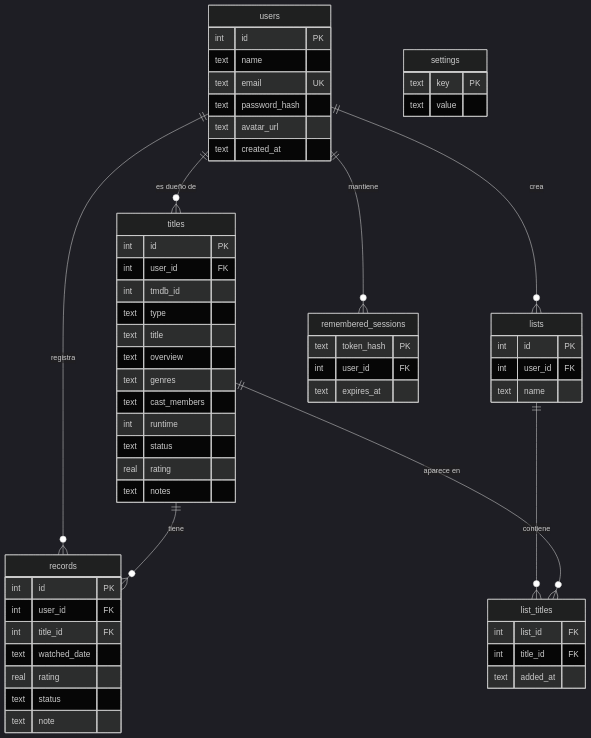
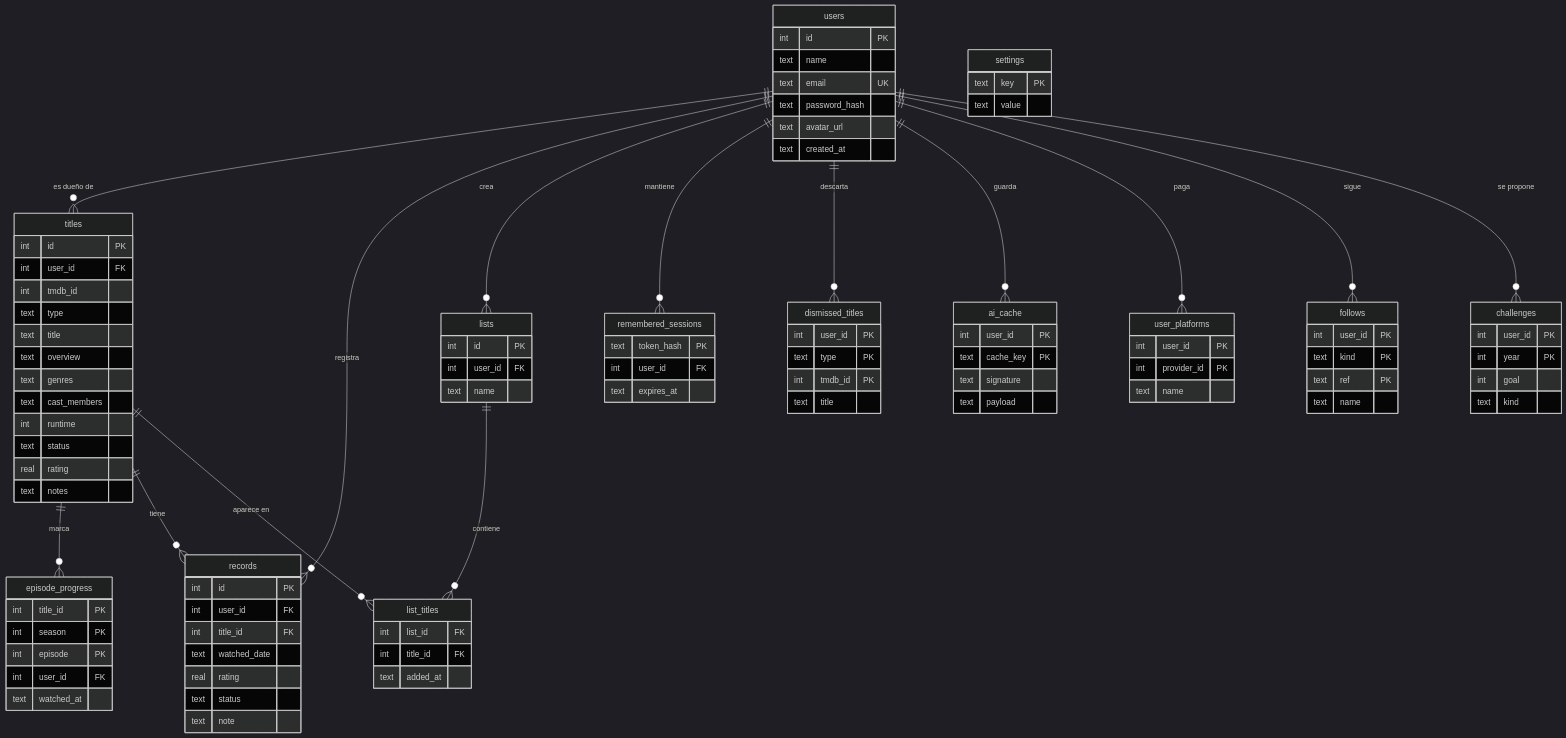
The second of 2 diagrams in docs/INFORME_TECNICO.md (KmiloRosero/CineTracker), drawn with Mermaid (dark theme) before and after one commit. The commit also changed other lines of this file and 3 other files, not shown here.

````diff
--- a/docs/INFORME_TECNICO.md
+++ b/docs/INFORME_TECNICO.md
@@ -101,6 +105,12 @@
   users ||--o{ records : "registra"
   users ||--o{ lists : "crea"
   users ||--o{ remembered_sessions : "mantiene"
+  users ||--o{ dismissed_titles : "descarta"
+  users ||--o{ ai_cache : "guarda"
+  users ||--o{ user_platforms : "paga"
+  users ||--o{ follows : "sigue"
+  users ||--o{ challenges : "se propone"
+  titles ||--o{ episode_progress : "marca"
   titles ||--o{ records : "tiene"
   lists ||--o{ list_titles : "contiene"
   titles ||--o{ list_titles : "aparece en"
@@ -155,4 +165,40 @@
     text key PK
     text value
   }
+  dismissed_titles {
+    int user_id PK
+    text type PK
+    int tmdb_id PK
+    text title
+  }
+  ai_cache {
+    int user_id PK
+    text cache_key PK
+    text signature
+    text payload
+  }
+  user_platforms {
+    int user_id PK
+    int provider_id PK
+    text name
+  }
+  episode_progress {
+    int title_id PK
+    int season PK
+    int episode PK
+    int user_id FK
+    text watched_at
+  }
+  follows {
+    int user_id PK
+    text kind PK
+    text ref PK
+    text name
+  }
+  challenges {
+    int user_id PK
+    int year PK
+    int goal
+    text kind
+  }
 ```
````
